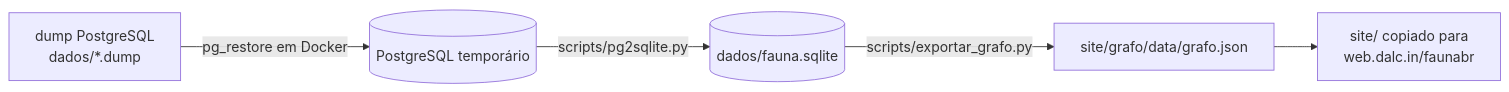
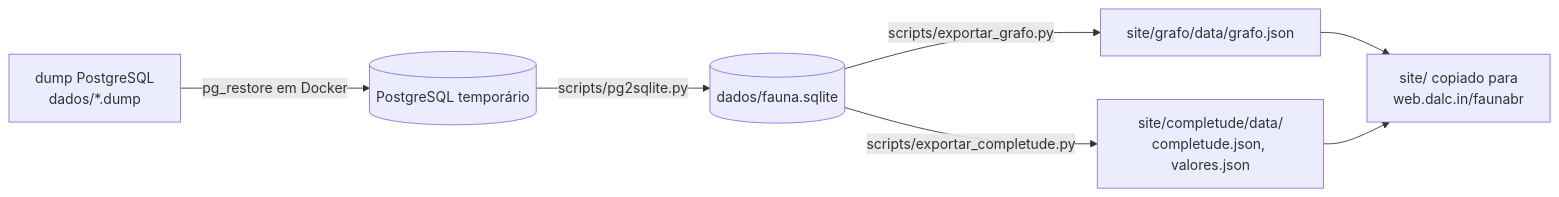
The diagram in README.md (edalcin/faunaAnalises), drawn with Mermaid before and after one commit. The commit also changed other lines of this file and 11 other files, not shown here.

Commit message:
completude: página publicada (matriz, gaveta, Domínio de Valores), método e cartão; protótipo removido

````diff
--- a/README.md
+++ b/README.md
@@ -15,7 +16,9 @@
 ```mermaid
 flowchart LR
   D[dump PostgreSQL<br>dados/*.dump] -->|pg_restore em Docker| P[(PostgreSQL temporário)]
   P -->|scripts/pg2sqlite.py| S[(dados/fauna.sqlite)]
   S -->|scripts/exportar_grafo.py| J[site/grafo/data/grafo.json]
+  S -->|scripts/exportar_completude.py| C[site/completude/data/<br>completude.json, valores.json]
   J --> W[site/ copiado para<br>web.dalc.in/faunabr]
+  C --> W
 ```
````
